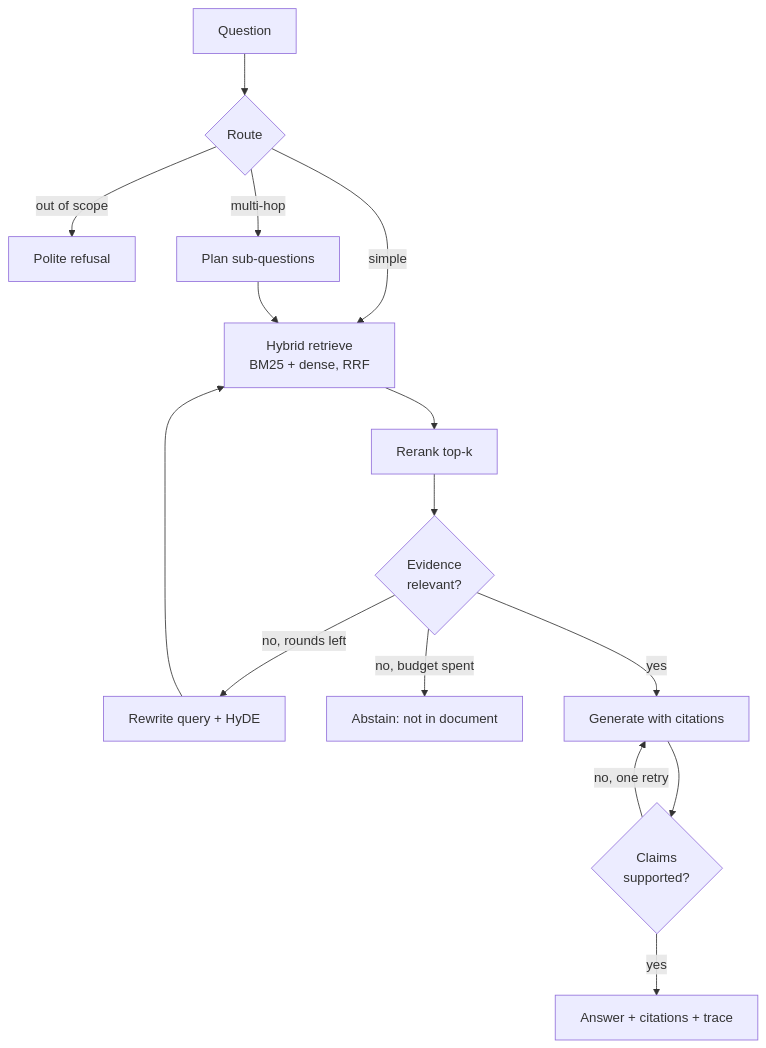
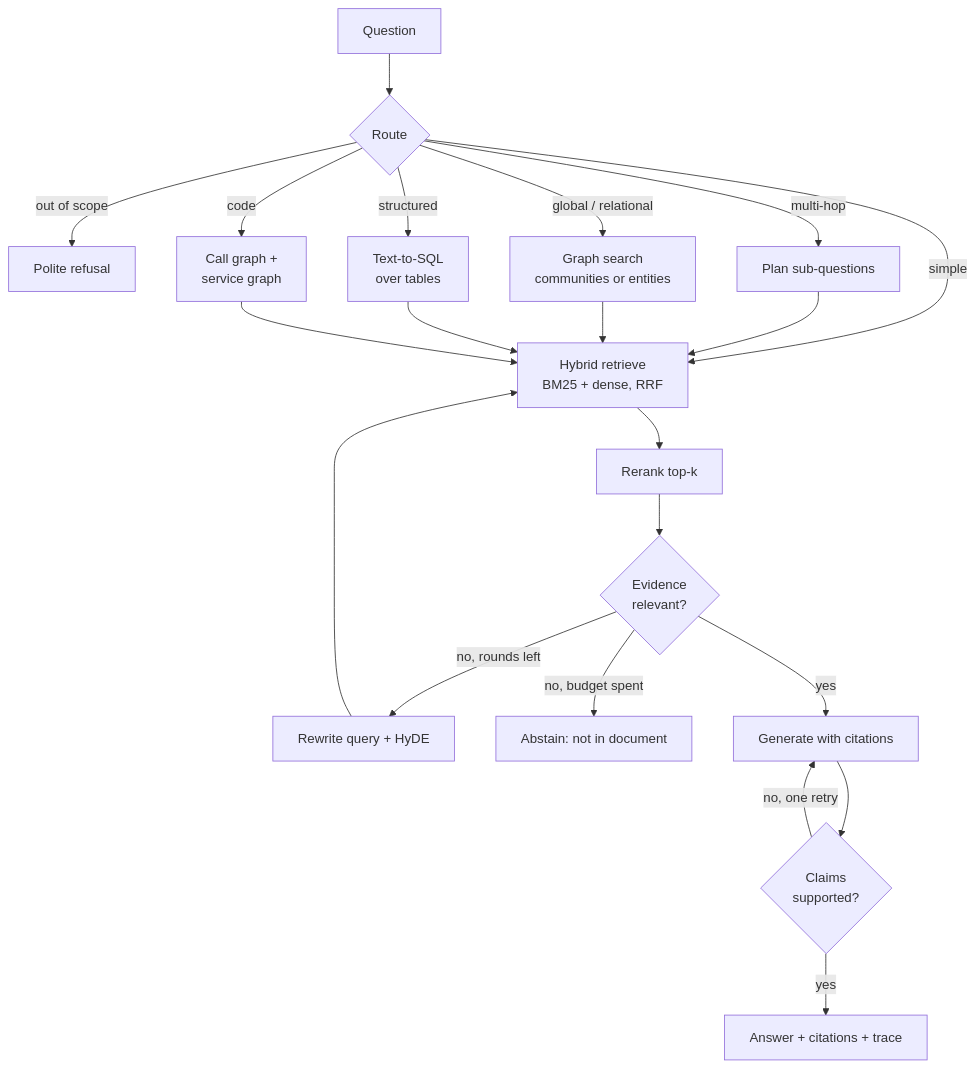
One commit to abhisinghh/RAG_over_doc changed the diagram in README.md. Above: the diagram before and after it, drawn with Mermaid. The commit also changed other lines of this file and 59 other files, not shown here.

````diff
--- a/README.md
+++ b/README.md
@@ -33,14 +53,17 @@
 ```mermaid
 flowchart TD
     Q[Question] --> R{Route}
     R -- out of scope --> X[Polite refusal]
     R -- simple --> RET[Hybrid retrieve<br/>BM25 + dense, RRF]
     R -- multi-hop --> P[Plan sub-questions] --> RET
+    R -- global / relational --> GR[Graph search<br/>communities or entities] --> RET
+    R -- structured --> SQLN[Text-to-SQL<br/>over tables] --> RET
+    R -- code --> CG[Call graph +<br/>service graph] --> RET
     RET --> RR[Rerank top-k] --> G{Evidence<br/>relevant?}
     G -- no, rounds left --> RW[Rewrite query + HyDE] --> RET
     G -- no, budget spent --> AB[Abstain: not in document]
     G -- yes --> GEN[Generate with citations]
     GEN --> V{Claims<br/>supported?}
     V -- no, one retry --> GEN
     V -- yes --> A[Answer + citations + trace]
 ```
````
